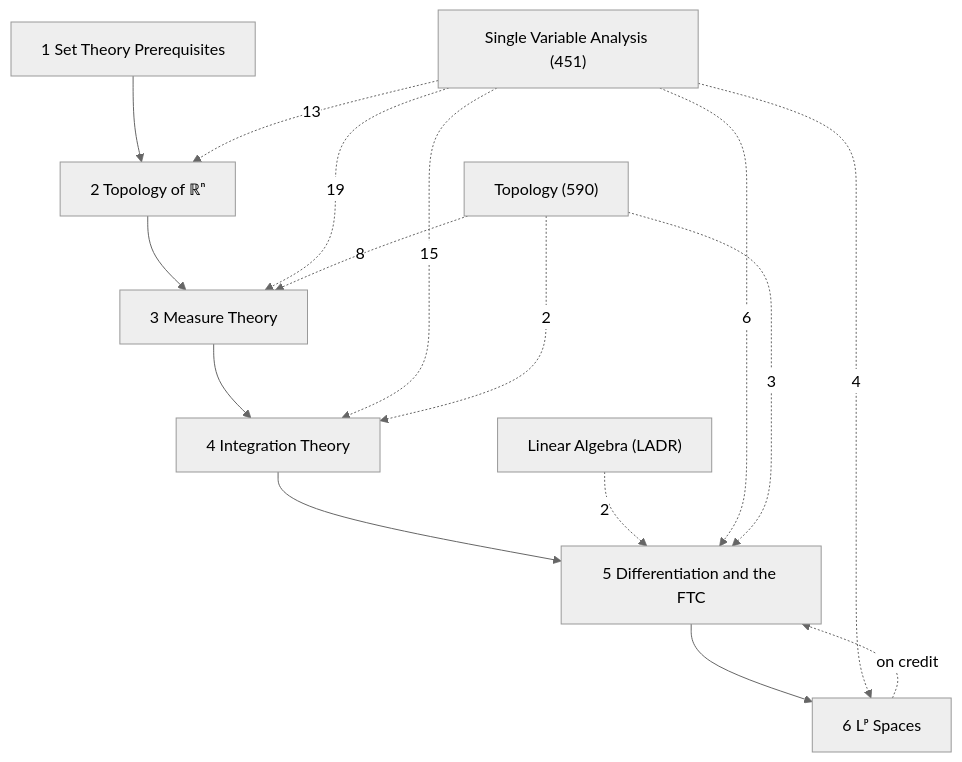
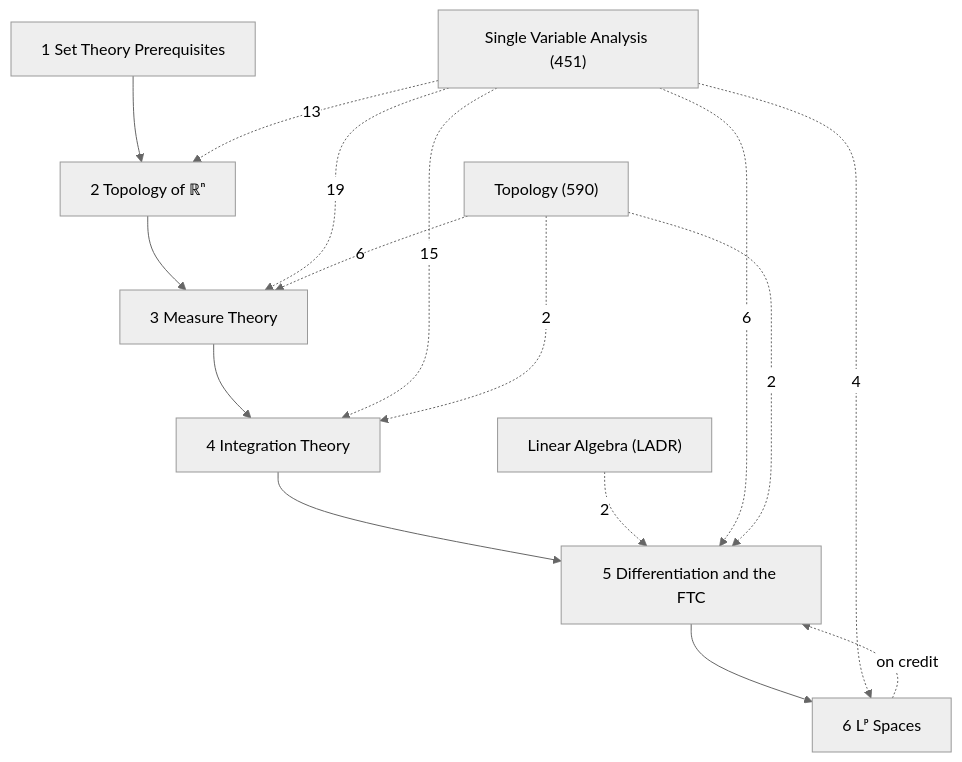
Before and after one commit to Onion20040508/notes: the diagram in Math/Measure Theory/Measure Theory.md, drawn with Mermaid (neutral theme). The commit also changed other lines of this file and 26 other files, not shown here.

````diff
--- a/Math/Measure Theory/Measure Theory.md
+++ b/Math/Measure Theory/Measure Theory.md
@@ -19,27 +19,27 @@
 ```mermaid
 graph TD
   C1["1 Set Theory Prerequisites"]
   C2["2 Topology of ℝⁿ"]
   C3["3 Measure Theory"]
   C4["4 Integration Theory"]
   C5["5 Differentiation and the FTC"]
   C6["6 Lᵖ Spaces"]
   X1["Single Variable Analysis (451)"]
   X2["Topology (590)"]
   X3["Linear Algebra (LADR)"]
   C1 --> C2
   C2 --> C3
   C3 --> C4
   C4 --> C5
   C5 --> C6
   C6 -.->|on credit| C5
   X3 -.->|2| C5
   X1 -.->|13| C2
   X1 -.->|19| C3
   X1 -.->|15| C4
   X1 -.->|6| C5
   X1 -.->|4| C6
-  X2 -.->|8| C3
+  X2 -.->|6| C3
   X2 -.->|2| C4
-  X2 -.->|3| C5
+  X2 -.->|2| C5
 ```
````
